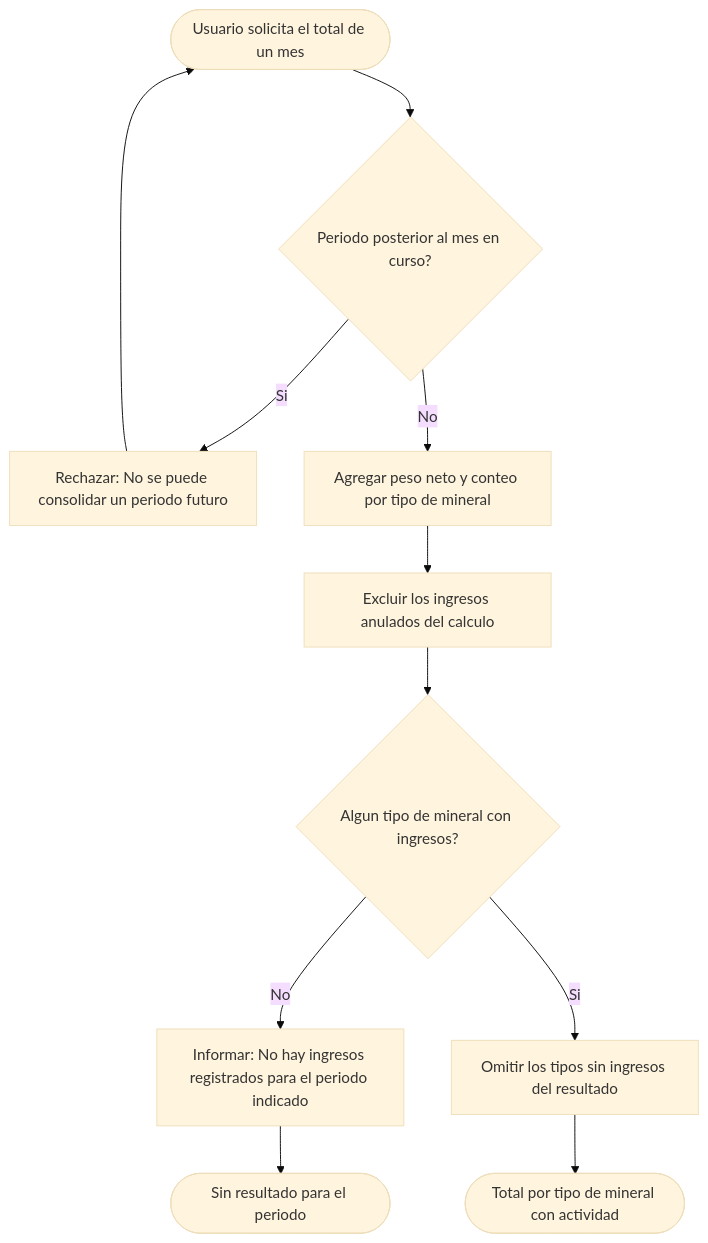
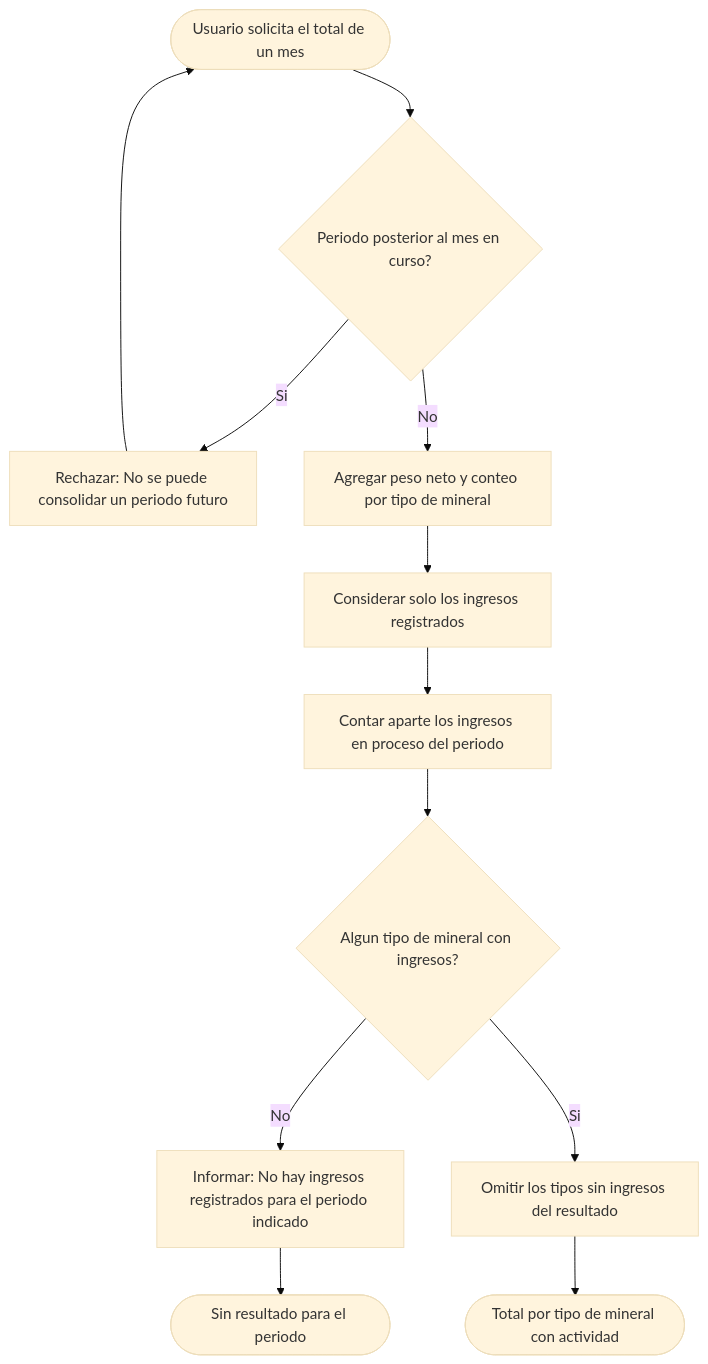
Before and after one commit to adlerOmonte1/LogisticaMinera: the first of 2 diagrams in docs/modulos/M08-consolidacion/diagramas/actividades.md, drawn with Mermaid (base theme). The commit also changed 91 other files, not shown here.

````diff
--- a/docs/modulos/M08-consolidacion/diagramas/actividades.md
+++ b/docs/modulos/M08-consolidacion/diagramas/actividades.md
@@ -5,13 +5,14 @@
 ```mermaid
 flowchart TD
     I([Usuario solicita el total de un mes]) --> V1{Periodo posterior al mes en curso?}
     V1 -->|Si| E1[Rechazar: No se puede consolidar un periodo futuro]
     E1 --> I
     V1 -->|No| C1[Agregar peso neto y conteo por tipo de mineral]
-    C1 --> C2[Excluir los ingresos anulados del calculo]
-    C2 --> D1{Algun tipo de mineral con ingresos?}
+    C1 --> C2[Considerar solo los ingresos registrados]
+    C2 --> C4[Contar aparte los ingresos en proceso del periodo]
+    C4 --> D1{Algun tipo de mineral con ingresos?}
     D1 -->|No| M1[Informar: No hay ingresos registrados para el periodo indicado]
     M1 --> F1([Sin resultado para el periodo])
     D1 -->|Si| C3[Omitir los tipos sin ingresos del resultado]
     C3 --> F2([Total por tipo de mineral con actividad])
 ```
````
